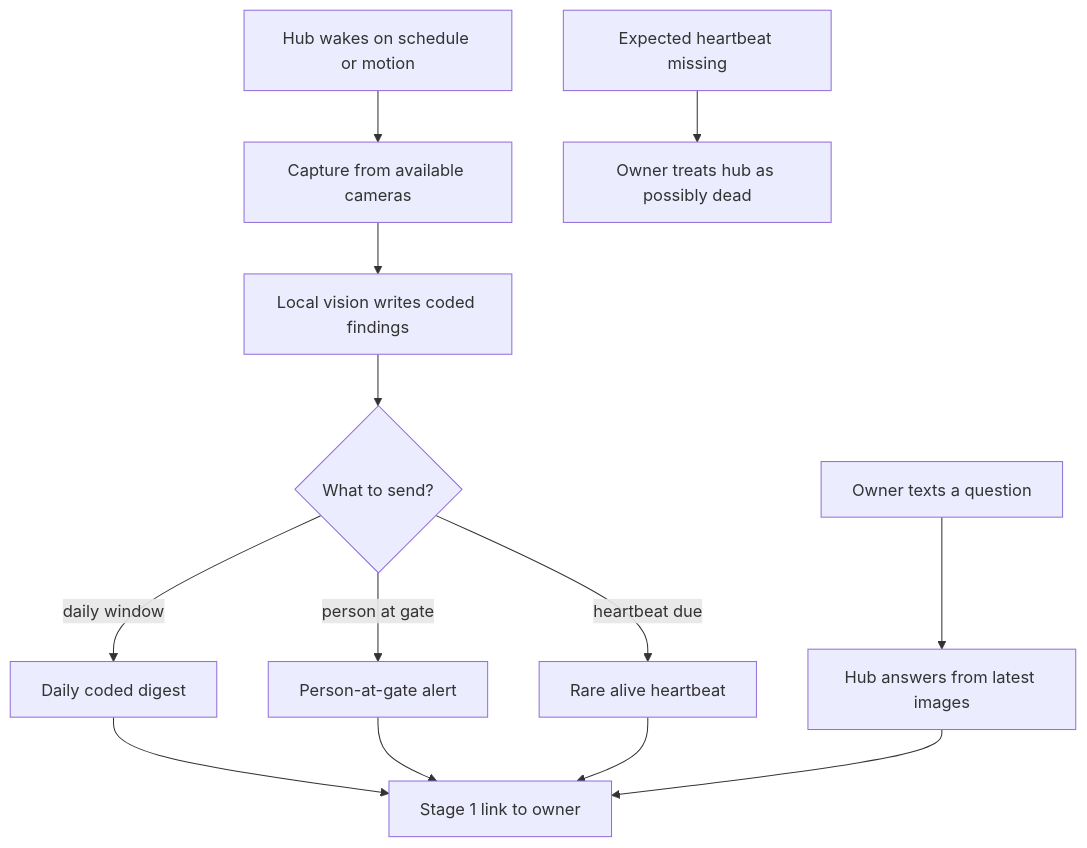
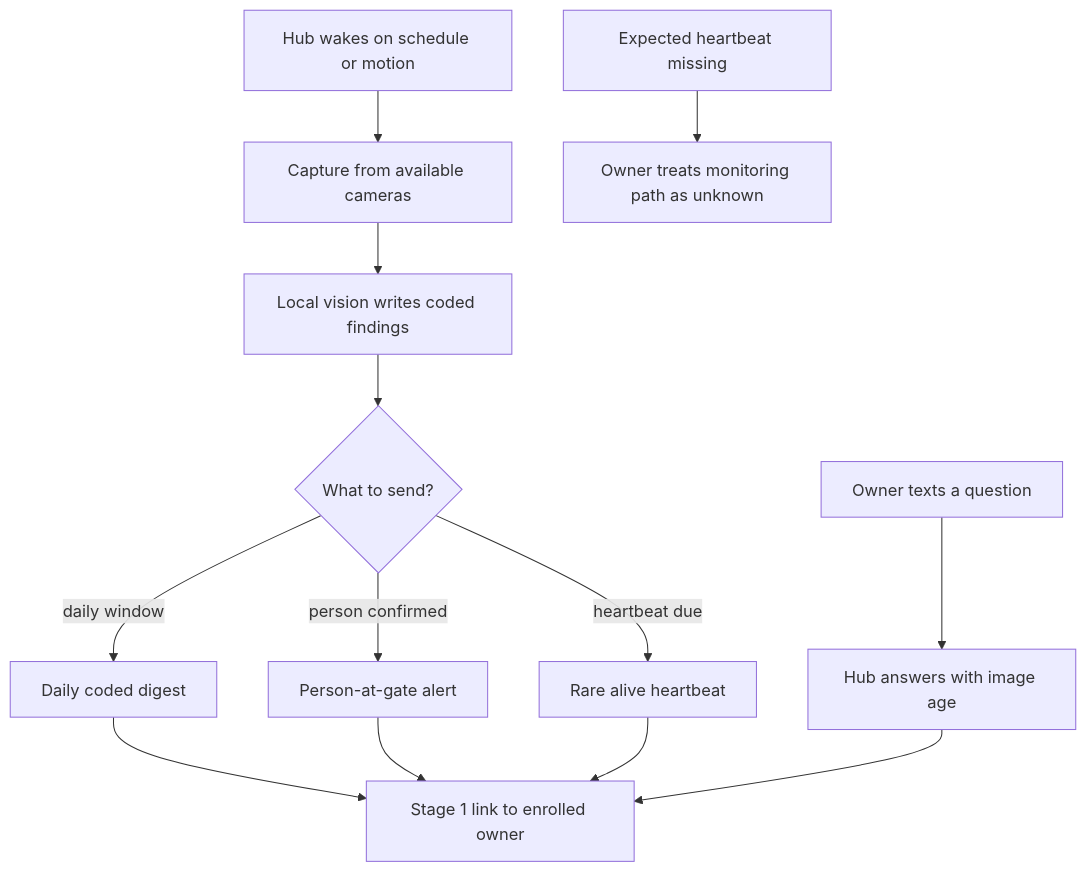
Before and after one commit to roxanachiriacescu-pixel/Farmbot-Web-App: the diagram in docs/plans/2026-11-15-2126-feat-plot-guardian-stage2-plan.md, drawn with Mermaid. The commit also changed other lines of this file, not shown here.

First line of the commit message:
Apply Stage 2 plan review fixes for trust and outage readiness.

````diff
--- a/docs/plans/2026-11-15-2126-feat-plot-guardian-stage2-plan.md
+++ b/docs/plans/2026-11-15-2126-feat-plot-guardian-stage2-plan.md
@@ -65,15 +66,15 @@
 ```mermaid
 flowchart TB
   wake[Hub wakes on schedule or motion] --> capture[Capture from available cameras]
   capture --> infer[Local vision writes coded findings]
   infer --> decide{What to send?}
   decide -->|daily window| digest[Daily coded digest]
-  decide -->|person at gate| alert[Person-at-gate alert]
+  decide -->|person confirmed| alert[Person-at-gate alert]
   decide -->|heartbeat due| beat[Rare alive heartbeat]
-  digest --> link[Stage 1 link to owner]
+  digest --> link[Stage 1 link to enrolled owner]
   alert --> link
   beat --> link
-  ownerQ[Owner texts a question] --> hubQ[Hub answers from latest images]
+  ownerQ[Owner texts a question] --> hubQ[Hub answers with image age]
   hubQ --> link
-  miss[Expected heartbeat missing] --> ownerWorry[Owner treats hub as possibly dead]
+  miss[Expected heartbeat missing] --> ownerWorry[Owner treats monitoring path as unknown]
 ```
````
